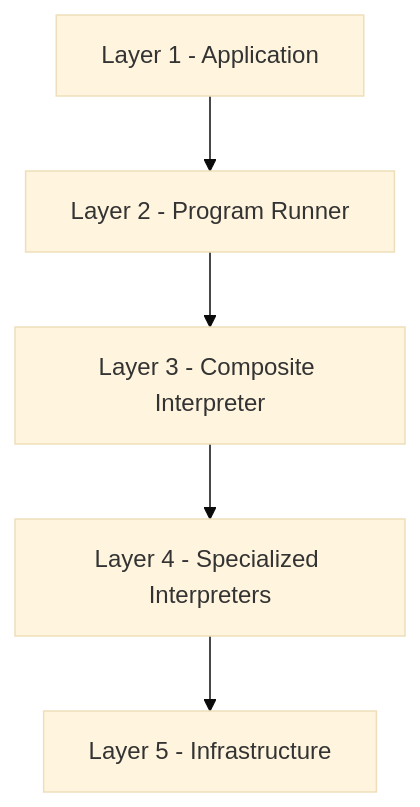
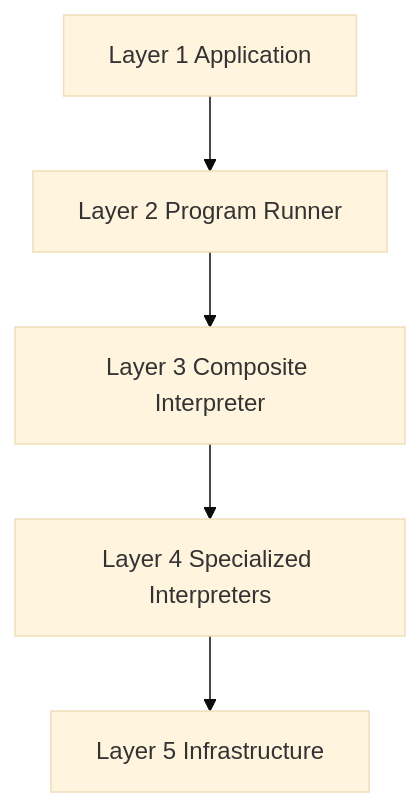
One commit to Tuee22/effectful changed the second of 8 diagrams in documents/engineering/architecture.md. Above: the diagram before and after it, drawn with Mermaid (base theme). The commit also changed other lines of this file and 193 other files, not shown here.

````diff
--- a/documents/engineering/architecture.md
+++ b/documents/engineering/architecture.md
@@ -54,13 +58,13 @@
 ```mermaid
 flowchart TB
-    App[Layer 1 - Application]
-    Runner[Layer 2 - Program Runner]
-    Composite[Layer 3 - Composite Interpreter]
-    Specialized[Layer 4 - Specialized Interpreters]
-    Infra[Layer 5 - Infrastructure]
+    App[Layer 1 Application]
+    Runner[Layer 2 Program Runner]
+    Composite[Layer 3 Composite Interpreter]
+    Specialized[Layer 4 Specialized Interpreters]
+    Infra[Layer 5 Infrastructure]
 
     App --> Runner
     Runner --> Composite
     Composite --> Specialized
     Specialized --> Infra
 ```
````
